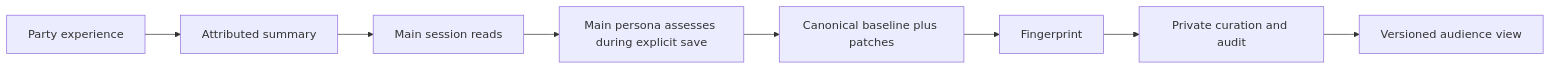
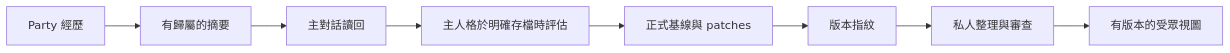
The diagram in docs/integration.md (KerberosClaw/kc_agent_a2a), drawn with Mermaid before and after one commit. The commit also changed other lines of this file and 15 other files, not shown here.

````diff
--- a/docs/integration.md
+++ b/docs/integration.md
@@ -23,10 +25,10 @@
 ```mermaid
 flowchart LR
-    Canon[Canonical baseline plus patches] --> Version[Fingerprint]
-    Version --> Review[Private curation and audit]
-    Review --> View[Versioned audience view]
-    Chat[Party experience] --> Summary[Attributed summary]
-    Summary --> Read[Main session reads]
-    Read --> Decide[Main persona assesses during explicit save]
+    Canon[正式基線與 patches] --> Version[版本指紋]
+    Version --> Review[私人整理與審查]
+    Review --> View[有版本的受眾視圖]
+    Chat[Party 經歷] --> Summary[有歸屬的摘要]
+    Summary --> Read[主對話讀回]
+    Read --> Decide[主人格於明確存檔時評估]
     Decide --> Canon
 ```
````
